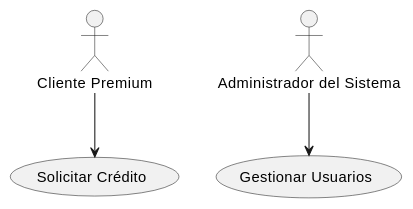
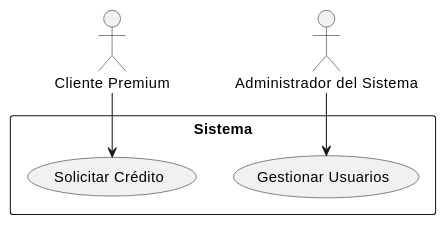
Before and after one commit to gaaguirrer/Clases: the third of 26 diagrams in Ingeniería del Software I/Materiales/Introducción casos de uso.md, drawn with PlantUML. The commit also changed other lines of this file and 14 other files, not shown here.

````diff
--- a/Ingeniería del Software I/Materiales/Introducción casos de uso.md
+++ b/Ingeniería del Software I/Materiales/Introducción casos de uso.md
@@ -70,8 +86,14 @@
 ```plantuml
 @startuml
 :Cliente Premium: as CP
 actor "Administrador del Sistema" as Admin
+
+rectangle "Sistema" {
+    (Solicitar Crédito)
+    (Gestionar Usuarios)
+}
+
 CP --> (Solicitar Crédito)
 Admin --> (Gestionar Usuarios)
 @enduml
 ```
````
